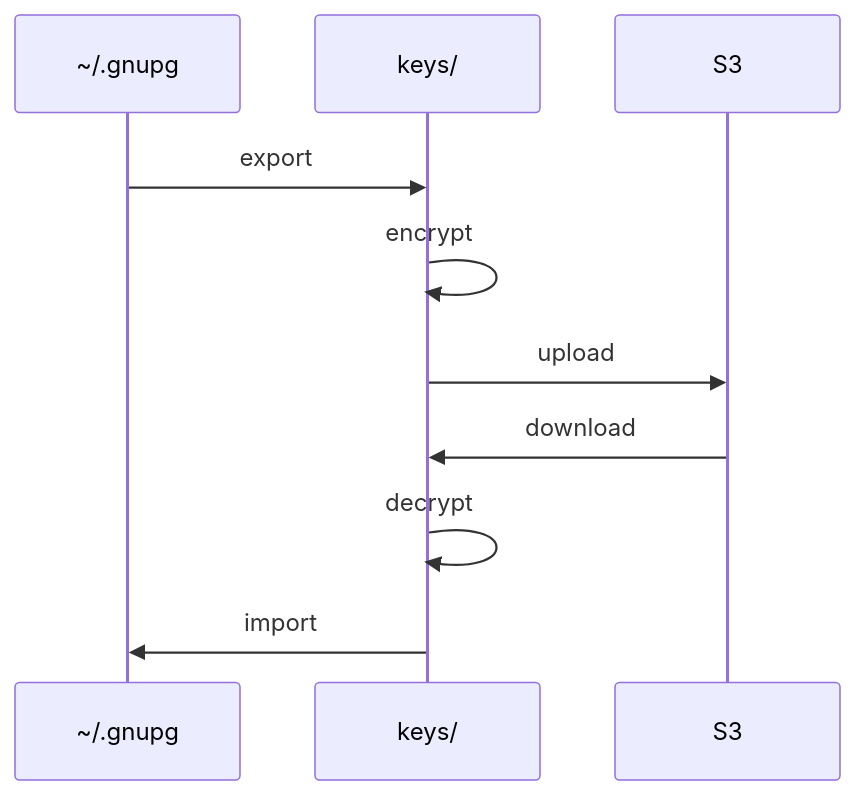
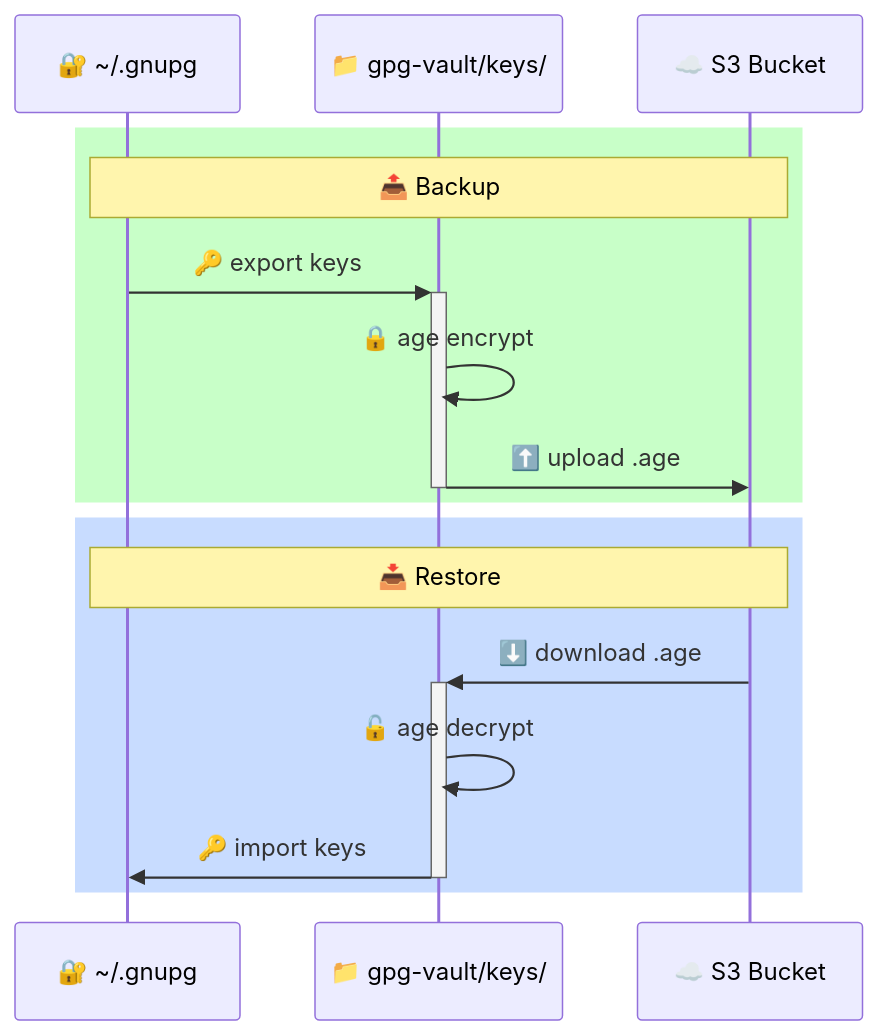
One commit to mcmoodoo/gpg-vault changed the diagram in README.md. Above: the diagram before and after it, drawn with Mermaid.

Commit message:
diagram embellished

````diff
--- a/README.md
+++ b/README.md
@@ -5,13 +5,20 @@
 ```mermaid
 sequenceDiagram
-    participant GPG as ~/.gnupg
-    participant Keys as keys/
-    participant S3
+    participant GPG as 🔐 ~/.gnupg
+    participant Keys as 📁 gpg-vault/keys/
+    participant S3 as ☁️ S3 Bucket
+
+    rect rgb(200, 255, 200)
+        Note over GPG,S3: 📤 Backup
+        GPG->>+Keys: 🔑 export keys
+        Keys->>Keys: 🔒 age encrypt
+        Keys->>-S3: ⬆️ upload .age
+    end
     
-    GPG->>Keys: export
-    Keys->>Keys: encrypt
-    Keys->>S3: upload
-    S3->>Keys: download
-    Keys->>Keys: decrypt
-    Keys->>GPG: import
+    rect rgb(200, 220, 255)
+        Note over GPG,S3: 📥 Restore
+        S3->>+Keys: ⬇️ download .age
+        Keys->>Keys: 🔓 age decrypt
+        Keys->>-GPG: 🔑 import keys
+    end
 ```
````
